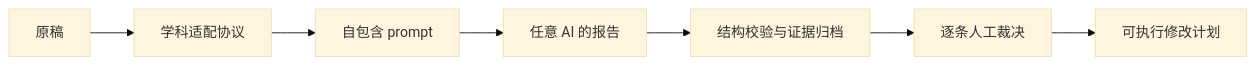
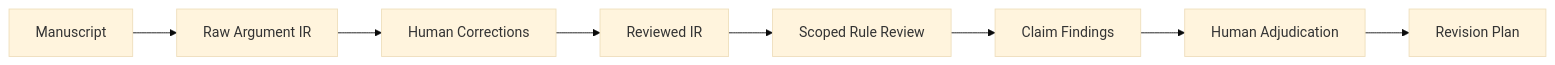
The first of 2 diagrams in README.md (UYMIDGameStudio/critic-divergence-tester), drawn with Mermaid (base theme) before and after one commit. The commit also changed other lines of this file and 16 other files, not shown here.

````diff
--- a/README.md
+++ b/README.md
@@ -11,9 +11,10 @@
 ```mermaid
 flowchart LR
-    A["原稿"] --> B["学科适配协议"]
-    B --> C["自包含 prompt"]
-    C --> D["任意 AI 的报告"]
-    D --> E["结构校验与证据归档"]
-    E --> F["逐条人工裁决"]
-    F --> G["可执行修改计划"]
+    A["Manuscript"] --> B["Raw Argument IR"]
+    B --> C["Human Corrections"]
+    C --> D["Reviewed IR"]
+    D --> E["Scoped Rule Review"]
+    E --> F["Claim Findings"]
+    F --> G["Human Adjudication"]
+    G --> H["Revision Plan"]
 ```
````
